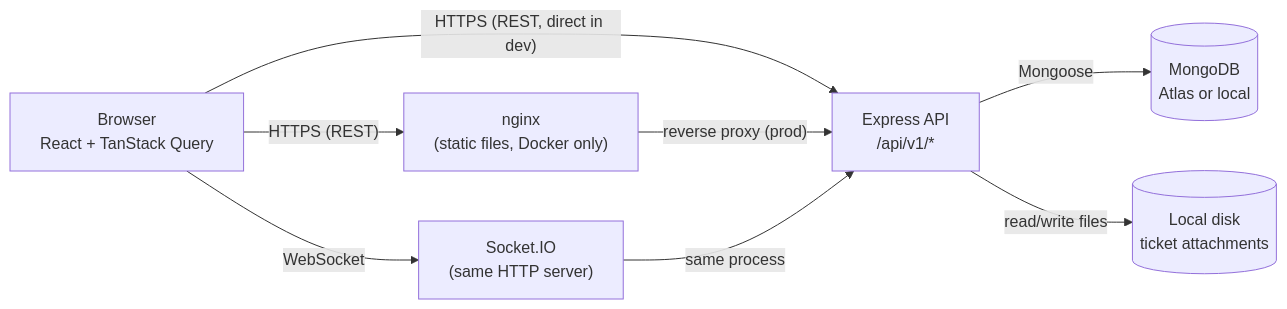
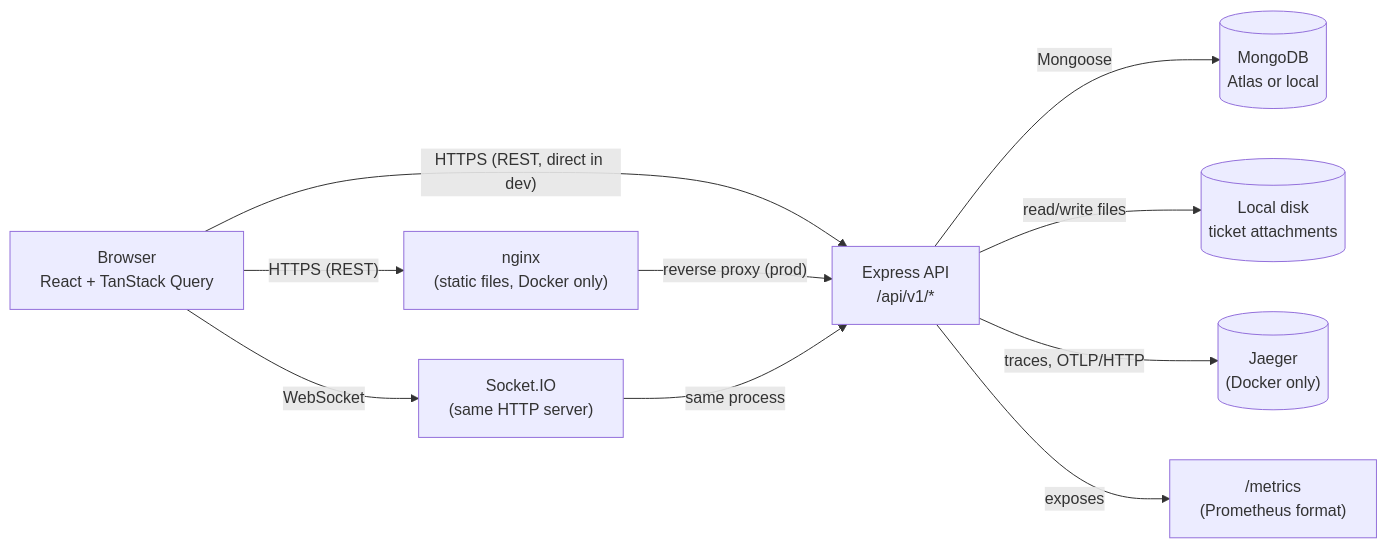
Before and after one commit to mahmadr10/servicedesk: the first of 6 diagrams in ARCHITECTURE.md, drawn with Mermaid. The commit also changed other lines of this file and 14 other files, not shown here.

First line of the commit message:
feat(observability): OpenTelemetry tracing + Prometheus metrics

````diff
--- a/ARCHITECTURE.md
+++ b/ARCHITECTURE.md
@@ -5,17 +5,21 @@
 ```mermaid
 flowchart LR
     Browser["Browser<br/>React + TanStack Query"]
     LB["nginx<br/>(static files, Docker only)"]
     API["Express API<br/>/api/v1/*"]
     WS["Socket.IO<br/>(same HTTP server)"]
     Mongo[("MongoDB<br/>Atlas or local")]
     Disk[("Local disk<br/>ticket attachments")]
+    Jaeger[("Jaeger<br/>(Docker only)")]
+    Prom["/metrics<br/>(Prometheus format)"]
 
     Browser -- "HTTPS (REST)" --> LB
     Browser -- "HTTPS (REST, direct in dev)" --> API
     Browser -- "WebSocket" --> WS
     LB -- "reverse proxy (prod)" --> API
     API -- Mongoose --> Mongo
     WS -- "same process" --> API
     API -- "read/write files" --> Disk
+    API -- "traces, OTLP/HTTP" --> Jaeger
+    API -- "exposes" --> Prom
 ```
````
